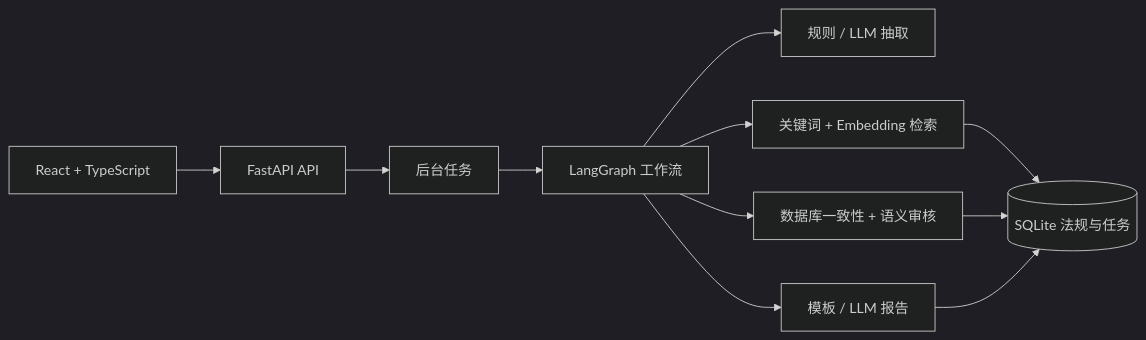
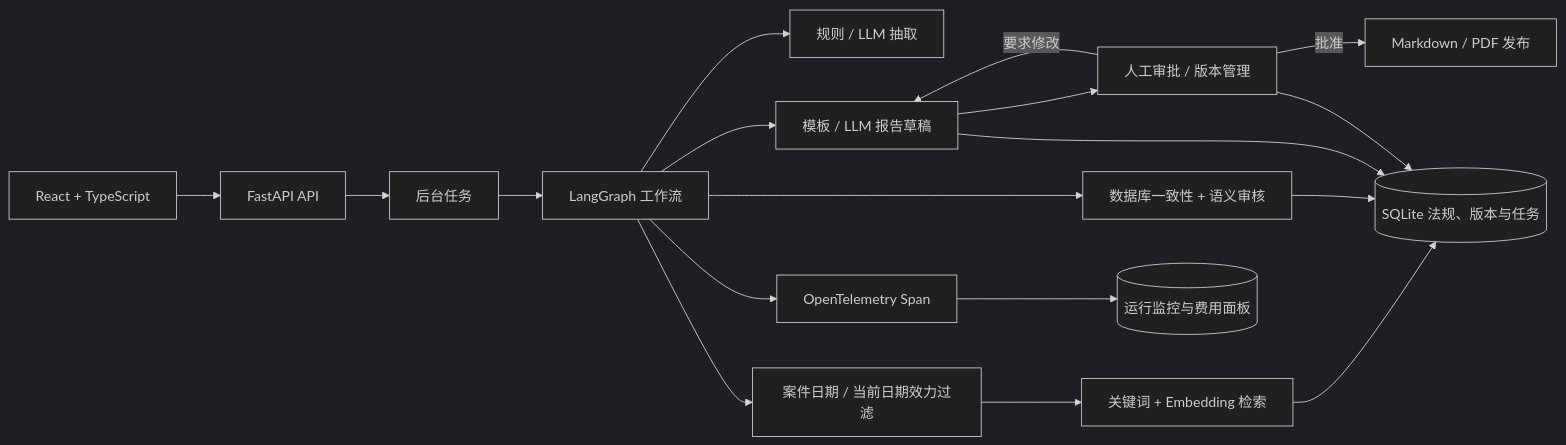
One commit to Fyao21/LegalCopilot-Agent changed the first of 2 diagrams in README.md. Above: the diagram before and after it, drawn with Mermaid (dark theme). The commit also changed other lines of this file and 270 other files, not shown here.

````diff
--- a/README.md
+++ b/README.md
@@ -29,13 +49,20 @@
 ```mermaid
 flowchart LR
     UI["React + TypeScript"] --> API["FastAPI API"]
     API --> TASK["后台任务"]
     TASK --> GRAPH["LangGraph 工作流"]
     GRAPH --> ANALYZE["规则 / LLM 抽取"]
-    GRAPH --> RETRIEVE["关键词 + Embedding 检索"]
+    GRAPH --> TIME["案件日期 / 当前日期效力过滤"]
+    TIME --> RETRIEVE["关键词 + Embedding 检索"]
     GRAPH --> REVIEW["数据库一致性 + 语义审核"]
-    GRAPH --> REPORT["模板 / LLM 报告"]
-    RETRIEVE --> DB[("SQLite 法规与任务")]
+    GRAPH --> REPORT["模板 / LLM 报告草稿"]
+    REPORT --> APPROVAL["人工审批 / 版本管理"]
+    APPROVAL -->|"要求修改"| REPORT
+    APPROVAL -->|"批准"| EXPORT["Markdown / PDF 发布"]
+    RETRIEVE --> DB[("SQLite 法规、版本与任务")]
     REVIEW --> DB
     REPORT --> DB
+    APPROVAL --> DB
+    GRAPH --> TRACE["OpenTelemetry Span"]
+    TRACE --> OBS[("运行监控与费用面板")]
 ```
````
